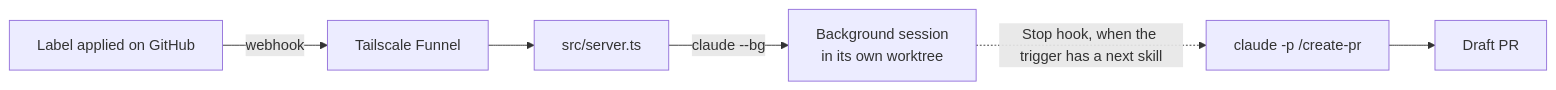
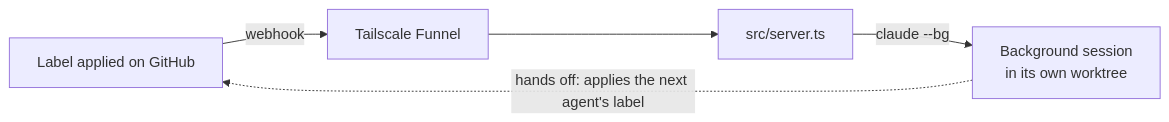
Before and after one commit to jd-solanki/ai: the first of 2 diagrams in README.md, drawn with Mermaid. The commit also changed other lines of this file and 7 other files, not shown here.

````diff
--- a/README.md
+++ b/README.md
@@ -5,6 +5,6 @@
 ```mermaid
 flowchart LR
   L["Label applied on GitHub"] -->|webhook| F["Tailscale Funnel"] --> S["src/server.ts"]
   S -->|"claude --bg"| B["Background session<br/>in its own worktree"]
-  B -.->|"Stop hook, when the trigger has a next skill"| P["claude -p /create-pr"] --> PR["Draft PR"]
+  B -.->|"hands off: applies the next agent's label"| L
 ```
````
